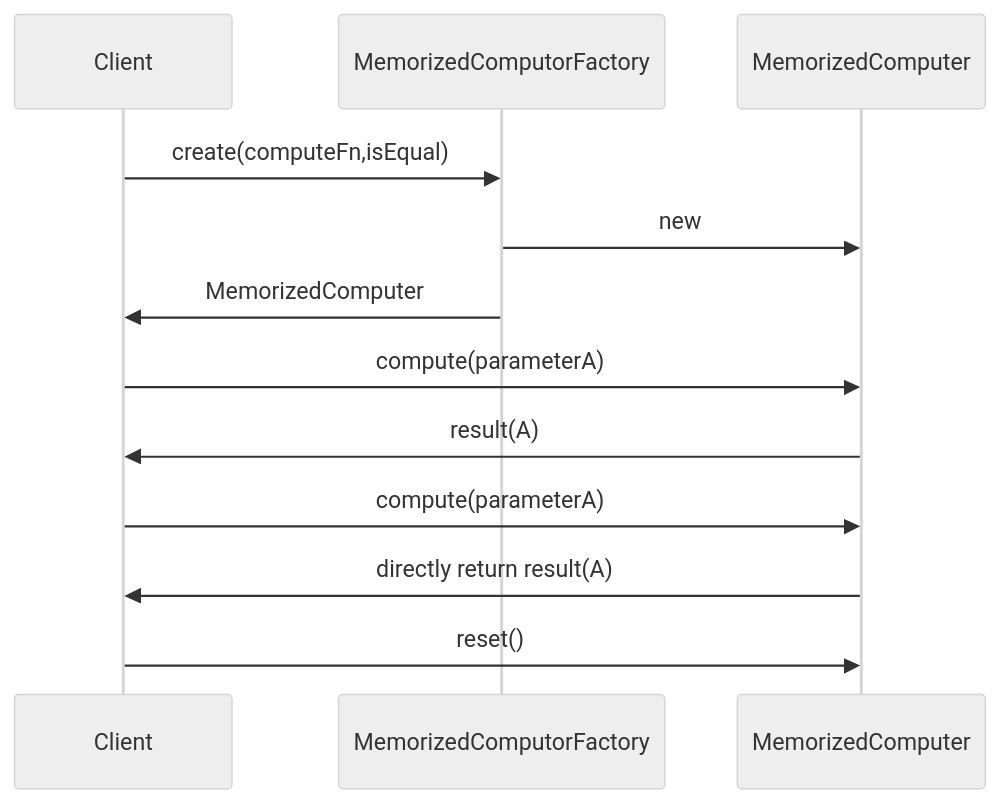
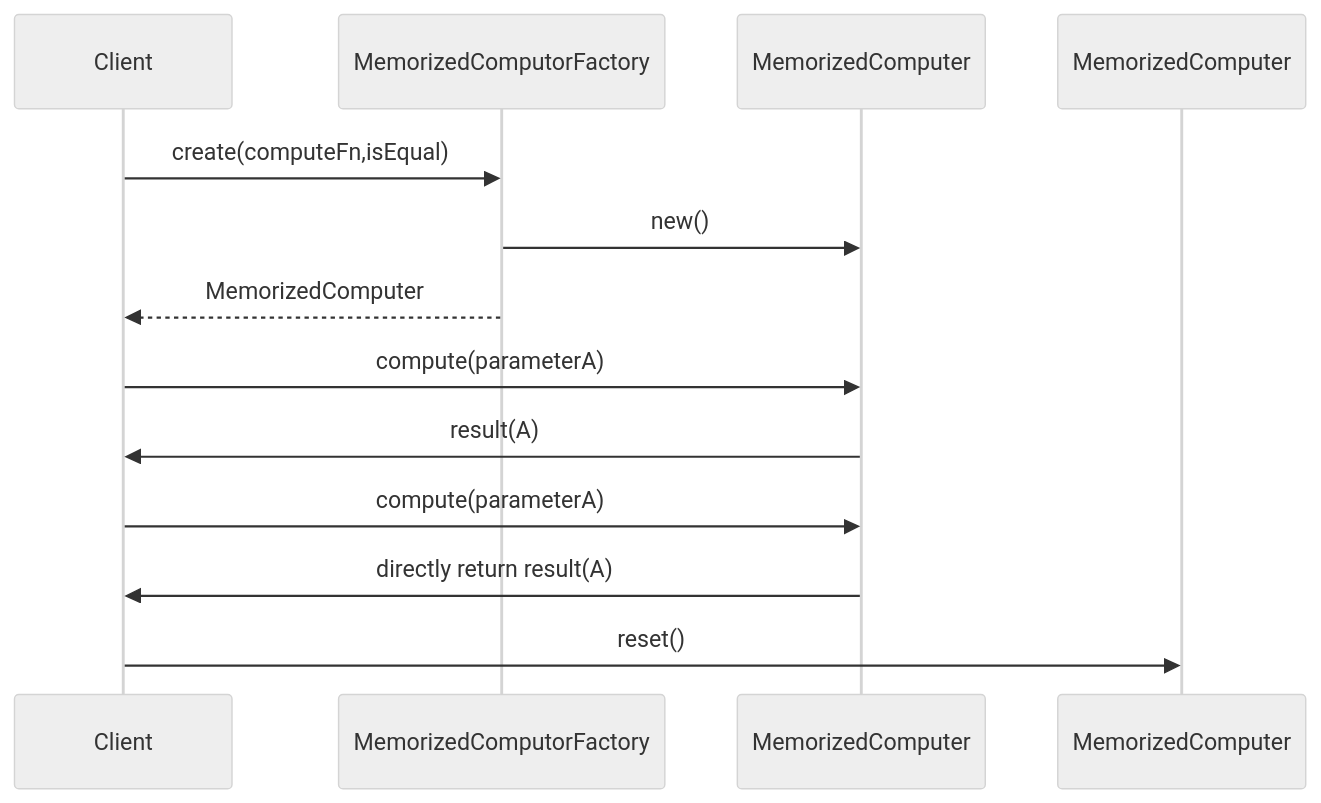
The diagram in documents/MemorizedCompute Pattern_210.md (metasong/iam-data), drawn with Mermaid (neutral theme) before and after one commit.

````diff
--- a/documents/MemorizedCompute Pattern_210.md
+++ b/documents/MemorizedCompute Pattern_210.md
@@ -40,14 +40,15 @@
 ```mermaid
 sequenceDiagram
-	participant Client
-    participant MemorizedComputorFactory
-    Client->>MemorizedComputorFactory:create(computeFn,isEqual)
-    MemorizedComputorFactory->>MemorizedComputer:new
-    MemorizedComputorFactory->>Client:MemorizedComputer
-    Client->>MemorizedComputer:compute(parameterA)
-    MemorizedComputer->>Client:result(A)
-    Client->>MemorizedComputer:compute(parameterA)
-    MemorizedComputer->>Client:directly return result(A)
-    Client->>MemorizedComputer:reset()
+	participant C as Client
+    participant F as MemorizedComputorFactory
+    participant P as MemorizedComputer
+    C->>F:create(computeFn,isEqual)
+    F->>P:new()
+    F-->>C:MemorizedComputer
+    C->>P:compute(parameterA)
+    P->>C:result(A)
+    C->>P:compute(parameterA)
+    P->>C:directly return result(A)
+    C->>MemorizedComputer:reset()
     
 ```
````
